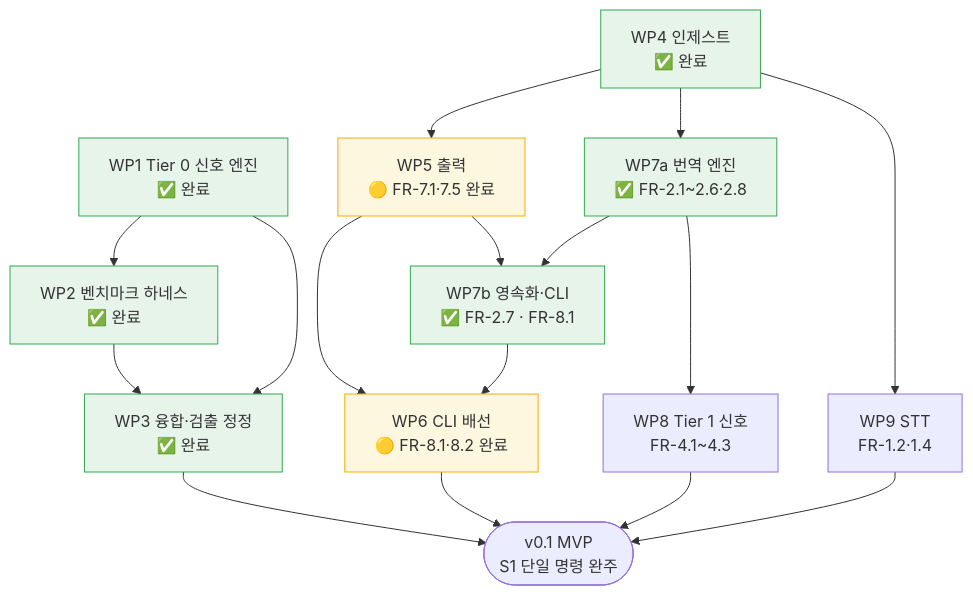
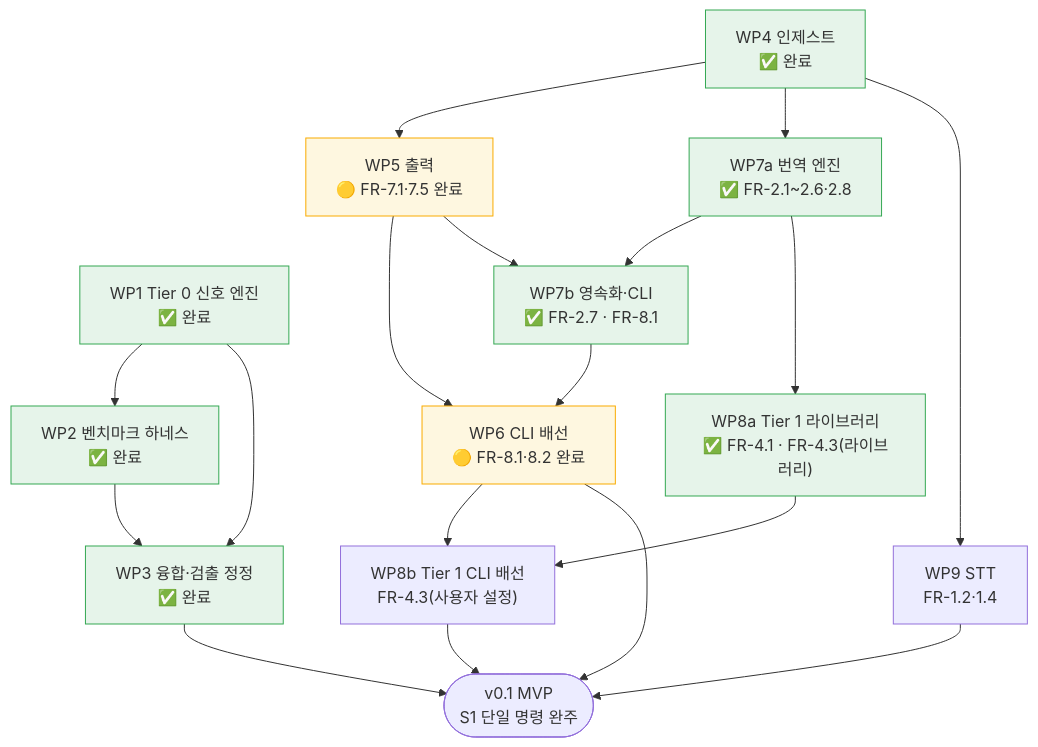
One commit to withwooyong/cuesift changed the diagram in docs/WBS.md. Above: the diagram before and after it, drawn with Mermaid. The commit also changed other lines of this file and 27 other files, not shown here.

First line of the commit message:
기능: WP8a Tier 1 신호 라이브러리 계층 (FR-4.1, FR-4.3, FR-6.5) (#7)

````diff
--- a/docs/WBS.md
+++ b/docs/WBS.md
@@ -80,39 +82,43 @@
 ```mermaid
 flowchart TD
     WP1["WP1 Tier 0 신호 엔진<br/>✅ 완료"]
     WP2["WP2 벤치마크 하네스<br/>✅ 완료"]
     WP3["WP3 융합·검출 정정<br/>✅ 완료"]
     WP4["WP4 인제스트<br/>✅ 완료"]
     WP5["WP5 출력<br/>🟡 FR-7.1·7.5 완료"]
     WP6["WP6 CLI 배선<br/>🟡 FR-8.1·8.2 완료"]
     WP7A["WP7a 번역 엔진<br/>✅ FR-2.1~2.6·2.8"]
     WP7B["WP7b 영속화·CLI<br/>✅ FR-2.7 · FR-8.1"]
-    WP8["WP8 Tier 1 신호<br/>FR-4.1~4.3"]
+    WP8A["WP8a Tier 1 라이브러리<br/>✅ FR-4.1 · FR-4.3(라이브러리)"]
+    WP8B["WP8b Tier 1 CLI 배선<br/>FR-4.3(사용자 설정)"]
     WP9["WP9 STT<br/>FR-1.2·1.4"]
     V01(["v0.1 MVP<br/>S1 단일 명령 완주"])
 
     WP1 --> WP2
     WP1 --> WP3
     WP2 --> WP3
     WP4 --> WP5
     WP4 --> WP7A
     WP4 --> WP9
     WP5 --> WP6
     WP7A --> WP7B
-    WP7A --> WP8
+    WP7A --> WP8A
+    WP8A --> WP8B
     WP5 --> WP7B
     WP7B --> WP6
-    WP8 --> V01
+    WP6 --> WP8B
+    WP8B --> V01
     WP9 --> V01
     WP6 --> V01
     WP3 --> V01
 
     style WP1 fill:#e6f4ea,stroke:#34a853
     style WP2 fill:#e6f4ea,stroke:#34a853
     style WP3 fill:#e6f4ea,stroke:#34a853
     style WP4 fill:#e6f4ea,stroke:#34a853
     style WP7A fill:#e6f4ea,stroke:#34a853
     style WP7B fill:#e6f4ea,stroke:#34a853
+    style WP8A fill:#e6f4ea,stroke:#34a853
     style WP5 fill:#fef7e0,stroke:#f9ab00
     style WP6 fill:#fef7e0,stroke:#f9ab00
 ```
````
